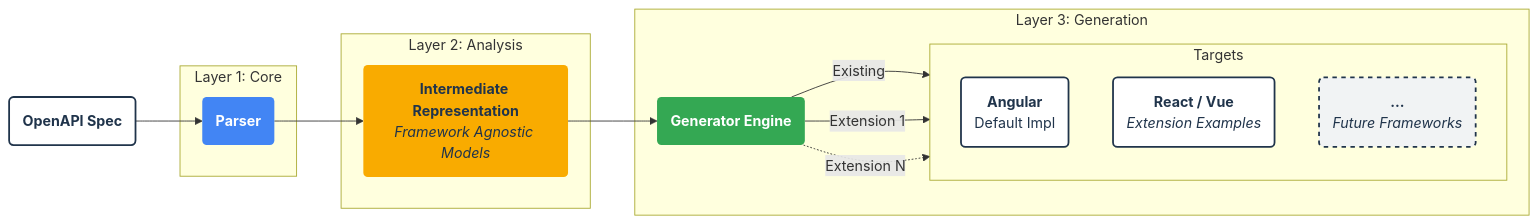
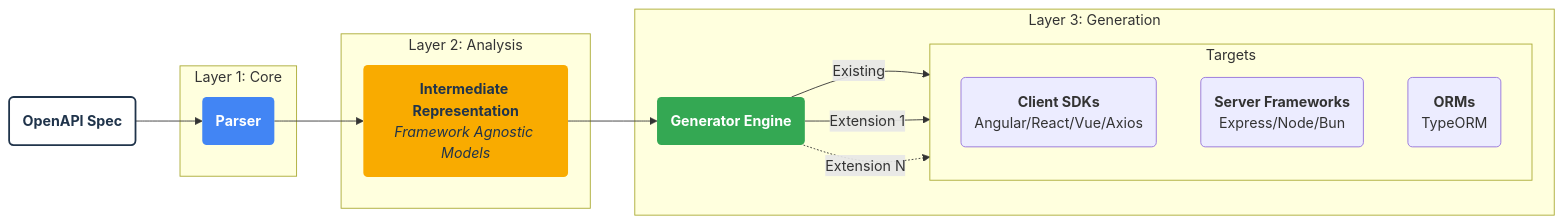
The first of 2 diagrams in EXTENDING.md (offscale/cdd-ts), drawn with Mermaid before and after one commit. The commit also changed other lines of this file and 16 other files, not shown here.

Commit message:
TypeORM + Express

````diff
--- a/EXTENDING.md
+++ b/EXTENDING.md
@@ -13,48 +9,48 @@
 ```mermaid
 graph LR
     %% --- NODES ---
     Input(<strong>OpenAPI Spec</strong>)
 
     subgraph Core [Layer 1: Core]
         Parser(<strong>Parser</strong>)
     end
 
     subgraph Analysis [Layer 2: Analysis]
         IR(<strong>Intermediate Representation</strong><br/><em>Framework Agnostic Models</em>)
     end
 
     subgraph Gen [Layer 3: Generation]
         Base(<strong>Generator Engine</strong>)
 
         %% The Fork
         subgraph Targets [Targets]
             direction TB
-            T_Ang(<strong>Angular</strong><br/>Default Impl)
-            T_React(<strong>React / Vue</strong><br/><em>Extension Examples</em>)
-            T_Other(<strong>...</strong><br/><em>Future Frameworks</em>)
+            T_Client(<strong>Client SDKs</strong><br/>Angular/React/Vue/Axios)
+            T_Server(<strong>Server Frameworks</strong><br/>Express/Node/Bun)
+            T_ORM(<strong>ORMs</strong><br/>TypeORM)
         end
     end
 
     %% --- EDGES ---
     Input --> Parser
     Parser --> IR
     IR --> Base
 
-    Base -- "Existing" --> T_Ang
-    Base -- "Extension 1" --> T_React
-    Base -. "Extension N" .-> T_Other
+    Base -- "Existing" --> T_Client
+    Base -- "Extension 1" --> T_Server
+    Base -. "Extension N" .-> T_ORM
 
     %% --- STYLING ---
     classDef blue fill:#4285f4,stroke:#ffffff,color:#ffffff,stroke-width:0px
     classDef yellow fill:#f9ab00,stroke:#ffffff,color:#20344b,stroke-width:0px
     classDef green fill:#34a853,stroke:#ffffff,color:#ffffff,stroke-width:0px
     classDef white fill:#ffffff,stroke:#20344b,color:#20344b,stroke-width:2px
     classDef future fill:#f1f3f4,stroke:#20344b,color:#20344b,stroke-width:2px,stroke-dasharray: 5 5
 
     class Input white
     class Parser blue
     class IR yellow
     class Base green
     class T_Ang,T_React white
     class T_Other future
 ```
````
